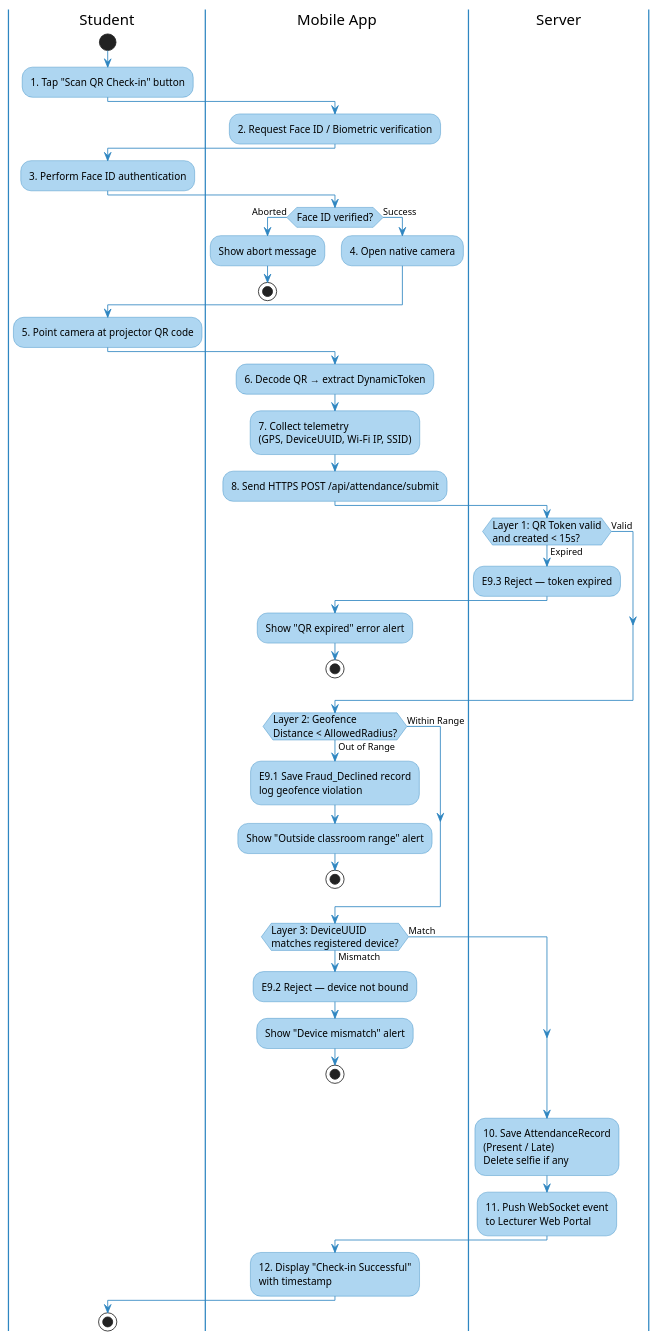
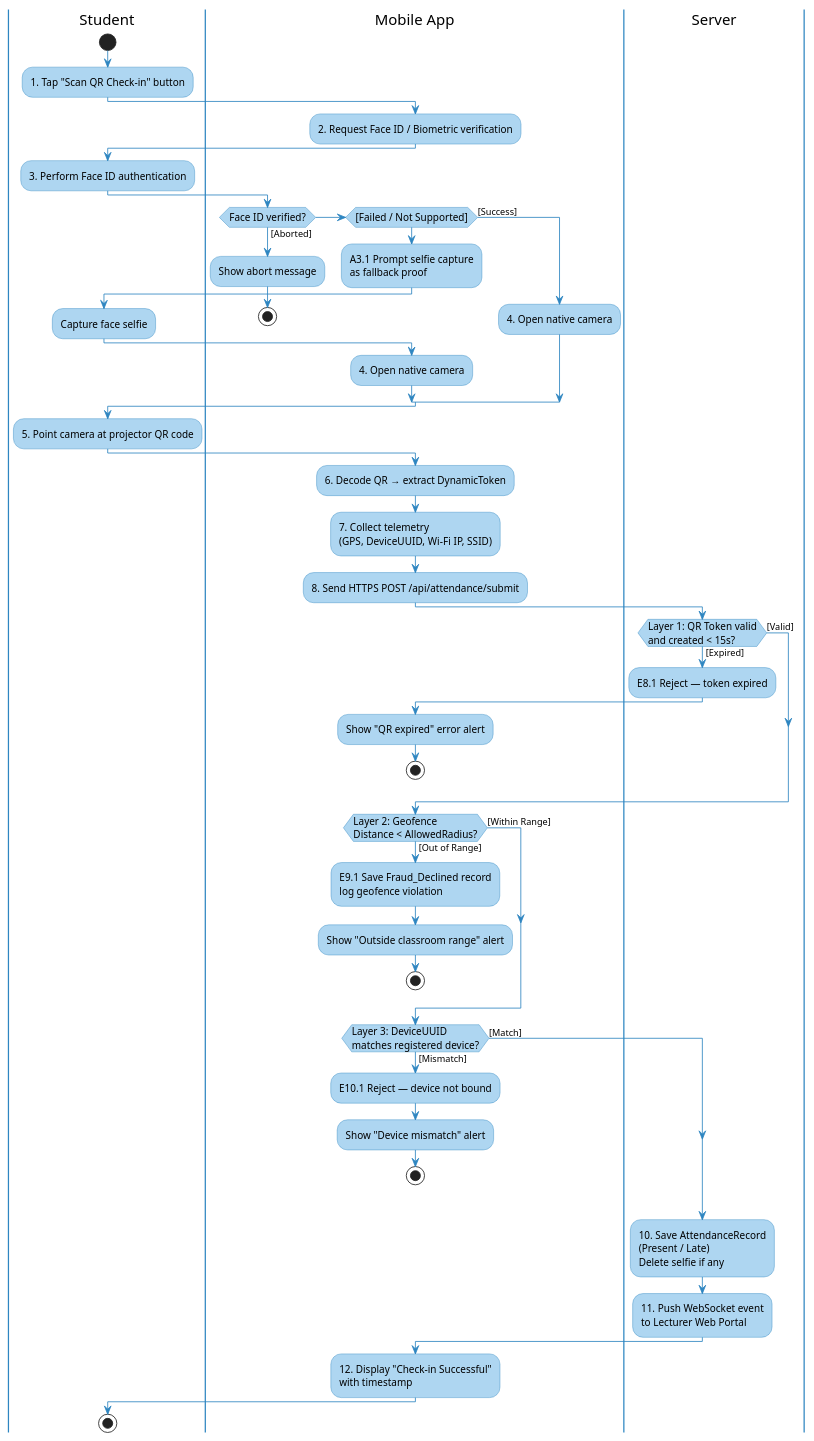
One commit to nttung42/SWD392 changed the third of 31 diagrams in AFAS_RDS_Document.md. Above: the diagram before and after it, drawn with PlantUML. The commit also changed other lines of this file and 2 other files, not shown here.

Commit message:
fix: activity diagram

````diff
--- a/AFAS_RDS_Document.md
+++ b/AFAS_RDS_Document.md
@@ -444,73 +444,79 @@
 ```plantuml
 @startuml UC03_Activity_Swimlane
 skinparam ActivityBackgroundColor #AED6F1
 skinparam ActivityBorderColor #2E86C1
 skinparam ActivityDiamondBackgroundColor #AED6F1
 skinparam ActivityDiamondBorderColor #2E86C1
 skinparam ArrowColor #2E86C1
 skinparam ActivityFontSize 12
 skinparam swimlaneBorderColor #2E86C1
 skinparam swimlaneHeaderFontStyle bold
 
 |Student|
 start
 :1. Tap "Scan QR Check-in" button;
 
 |Mobile App|
 :2. Request Face ID / Biometric verification;
 
 |Student|
 :3. Perform Face ID authentication;
 
 |Mobile App|
-if (Face ID verified?) then (Aborted)
+if (Face ID verified?) then ([Aborted])
   :Show abort message;
   stop
-else (Success)
+elseif ([Failed / Not Supported]) then
+  :A3.1 Prompt selfie capture\nas fallback proof;
+  |Student|
+  :Capture face selfie;
+  |Mobile App|
+  :4. Open native camera;
+else ([Success])
   :4. Open native camera;
 endif
 
 |Student|
 :5. Point camera at projector QR code;
 
 |Mobile App|
 :6. Decode QR → extract DynamicToken;
 :7. Collect telemetry\n(GPS, DeviceUUID, Wi-Fi IP, SSID);
 :8. Send HTTPS POST /api/attendance/submit;
 
 |Server|
-if (Layer 1: QR Token valid\nand created < 15s?) then (Expired)
-  :E9.3 Reject — token expired;
+if (Layer 1: QR Token valid\nand created < 15s?) then ([Expired])
+  :E8.1 Reject — token expired;
   |Mobile App|
   :Show "QR expired" error alert;
   stop
-else (Valid)
+else ([Valid])
 endif
 
-if (Layer 2: Geofence\nDistance < AllowedRadius?) then (Out of Range)
+if (Layer 2: Geofence\nDistance < AllowedRadius?) then ([Out of Range])
   :E9.1 Save Fraud_Declined record\nlog geofence violation;
   |Mobile App|
   :Show "Outside classroom range" alert;
   stop
-else (Within Range)
+else ([Within Range])
 endif
 
-if (Layer 3: DeviceUUID\nmatches registered device?) then (Mismatch)
-  :E9.2 Reject — device not bound;
+if (Layer 3: DeviceUUID\nmatches registered device?) then ([Mismatch])
+  :E10.1 Reject — device not bound;
   |Mobile App|
   :Show "Device mismatch" alert;
   stop
-else (Match)
+else ([Match])
 endif
 
 |Server|
 :10. Save AttendanceRecord\n(Present / Late)\nDelete selfie if any;
 :11. Push WebSocket event\nto Lecturer Web Portal;
 
 |Mobile App|
 :12. Display "Check-in Successful"\nwith timestamp;
 
 |Student|
 stop
 @enduml
 ```
````
